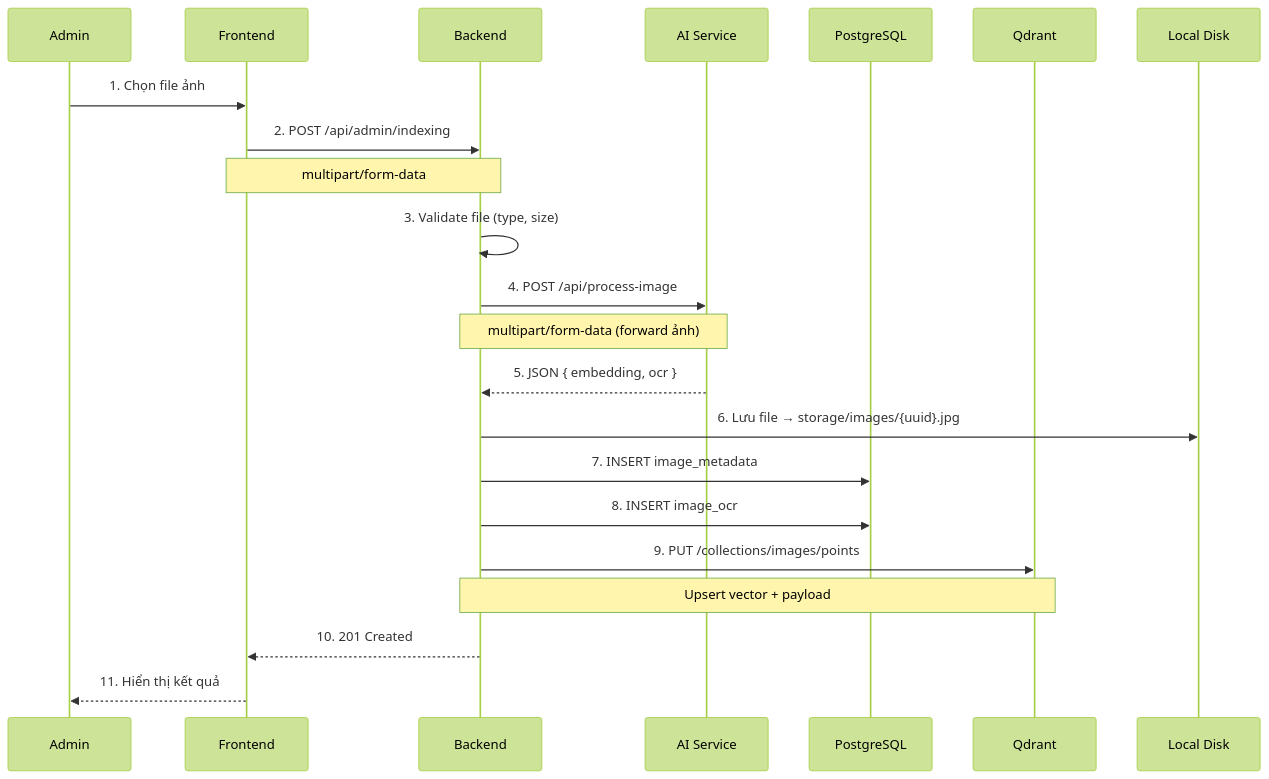
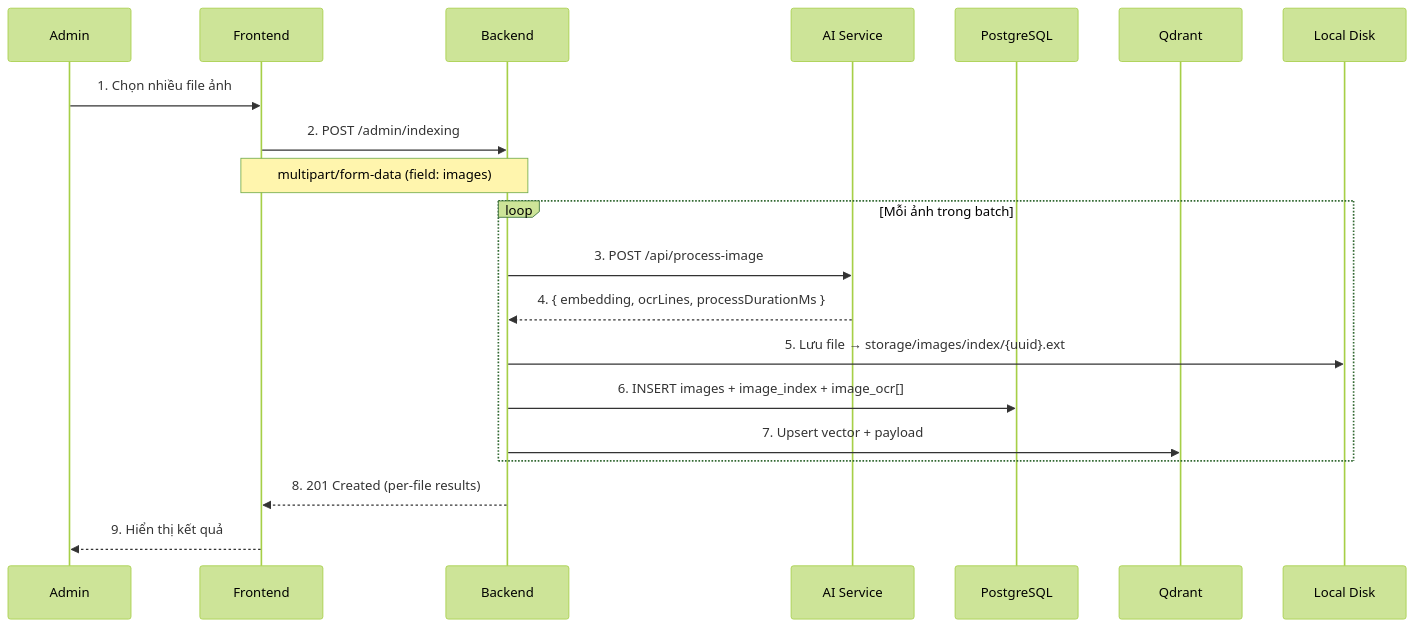
One commit to doanhacker/Nobisoft-Intern changed the first of 5 diagrams in docs/api_flow_documentation.md. Above: the diagram before and after it, drawn with Mermaid (forest theme). The commit also changed other lines of this file and 8 other files, not shown here.

````diff
--- a/docs/api_flow_documentation.md
+++ b/docs/api_flow_documentation.md
@@ -39,28 +76,25 @@
 ```mermaid
 sequenceDiagram
     participant Admin
     participant FE as Frontend
     participant BE as Backend
     participant AI as AI Service
     participant PG as PostgreSQL
     participant QD as Qdrant
     participant FS as Local Disk
 
-    Admin->>FE: 1. Chọn file ảnh
-    FE->>BE: 2. POST /api/admin/indexing
-    Note over FE,BE: multipart/form-data
+    Admin->>FE: 1. Chọn nhiều file ảnh
+    FE->>BE: 2. POST /admin/indexing
+    Note over FE,BE: multipart/form-data (field: images)
 
-    BE->>BE: 3. Validate file (type, size)
-    BE->>AI: 4. POST /api/process-image
-    Note over BE,AI: multipart/form-data (forward ảnh)
-    AI-->>BE: 5. JSON { embedding, ocr }
+    loop Mỗi ảnh trong batch
+        BE->>AI: 3. POST /api/process-image
+        AI-->>BE: 4. { embedding, ocrLines, processDurationMs }
+        BE->>FS: 5. Lưu file → storage/images/index/{uuid}.ext
+        BE->>PG: 6. INSERT images + image_index + image_ocr[]
+        BE->>QD: 7. Upsert vector + payload
+    end
 
-    BE->>FS: 6. Lưu file → storage/images/{uuid}.jpg
-    BE->>PG: 7. INSERT image_metadata
-    BE->>PG: 8. INSERT image_ocr
-    BE->>QD: 9. PUT /collections/images/points
-    Note over BE,QD: Upsert vector + payload
-
-    BE-->>FE: 10. 201 Created
-    FE-->>Admin: 11. Hiển thị kết quả
+    BE-->>FE: 8. 201 Created (per-file results)
+    FE-->>Admin: 9. Hiển thị kết quả
 ```
````
